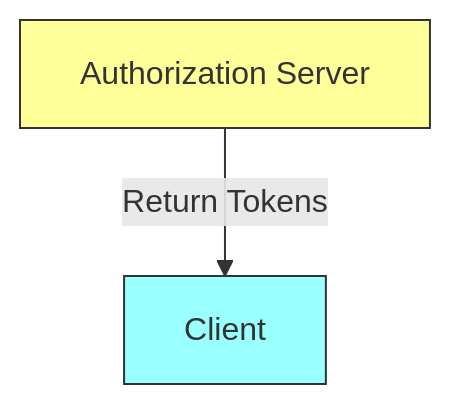
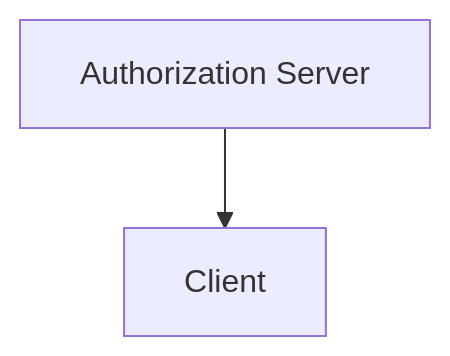
The third of 5 diagrams in docs/blog/direct-access-grant/slides.md (lele-maxwell/adorsys-gis-blog3), drawn with Mermaid before and after one commit. The commit also changed other lines of this file, not shown here.

Commit message:
Fix slides.md file to have a better explanation of what the process and what it does and correct explanation of the Direct grant flow and use correct diagram syntax and format

````diff
--- a/docs/blog/direct-access-grant/slides.md
+++ b/docs/blog/direct-access-grant/slides.md
@@ -111,6 +105,4 @@
 ```mermaid
 graph TD
-    A[Authorization Server] -->|Return Tokens| B[Client]
-    style A fill:#ff9,stroke:#333
-    style B fill:#9ff,stroke:#333
+    A[Authorization Server] --> B[Client]
 ```
````
